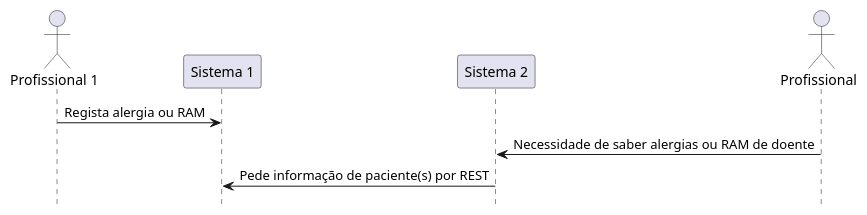
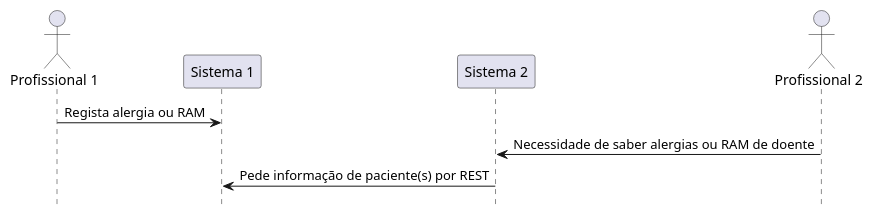
One commit to hl7-pt/adr-ig changed the diagram in input/images-source/wf1.plantuml. Above: the diagram before and after it, drawn with PlantUML. The commit also changed 2 other files, not shown here.

```diff
--- a/input/images-source/wf1.plantuml
+++ b/input/images-source/wf1.plantuml
@@ -1,24 +1,24 @@
 @startuml
 hide footbox
 skinparam DefaultTextAlignment left
 skinparam PackageTitleAlignment center
 
 
 'title Use Case: Order straight to dispense
 
 
 
-actor "Profissional 1" as REC 
+actor "Profissional 1" as HCP1 
 participant "Sistema 1" as Server
 
 participant "Sistema 2" as CON
-actor "Profissional" as HCP
+actor "Profissional 2" as HCP2
 
-REC -> Server: Regista alergia ou RAM
+HCP1 -> Server: Regista alergia ou RAM
 
-HCP->CON: Necessidade de saber alergias ou RAM de doente
+HCP2->CON: Necessidade de saber alergias ou RAM de doente
 CON->Server: Pede informação de paciente(s) por REST
 
 
 
 @enduml
```
